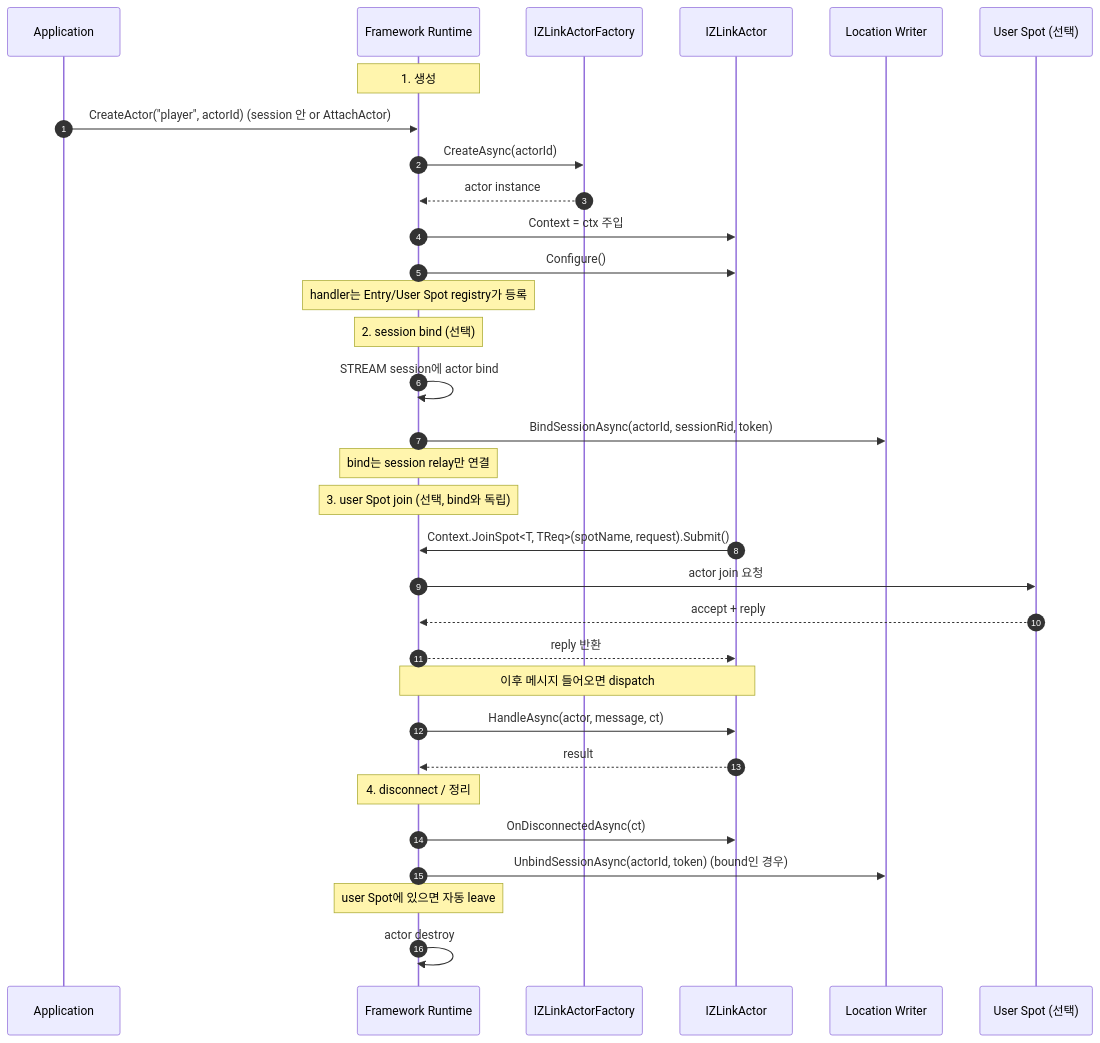
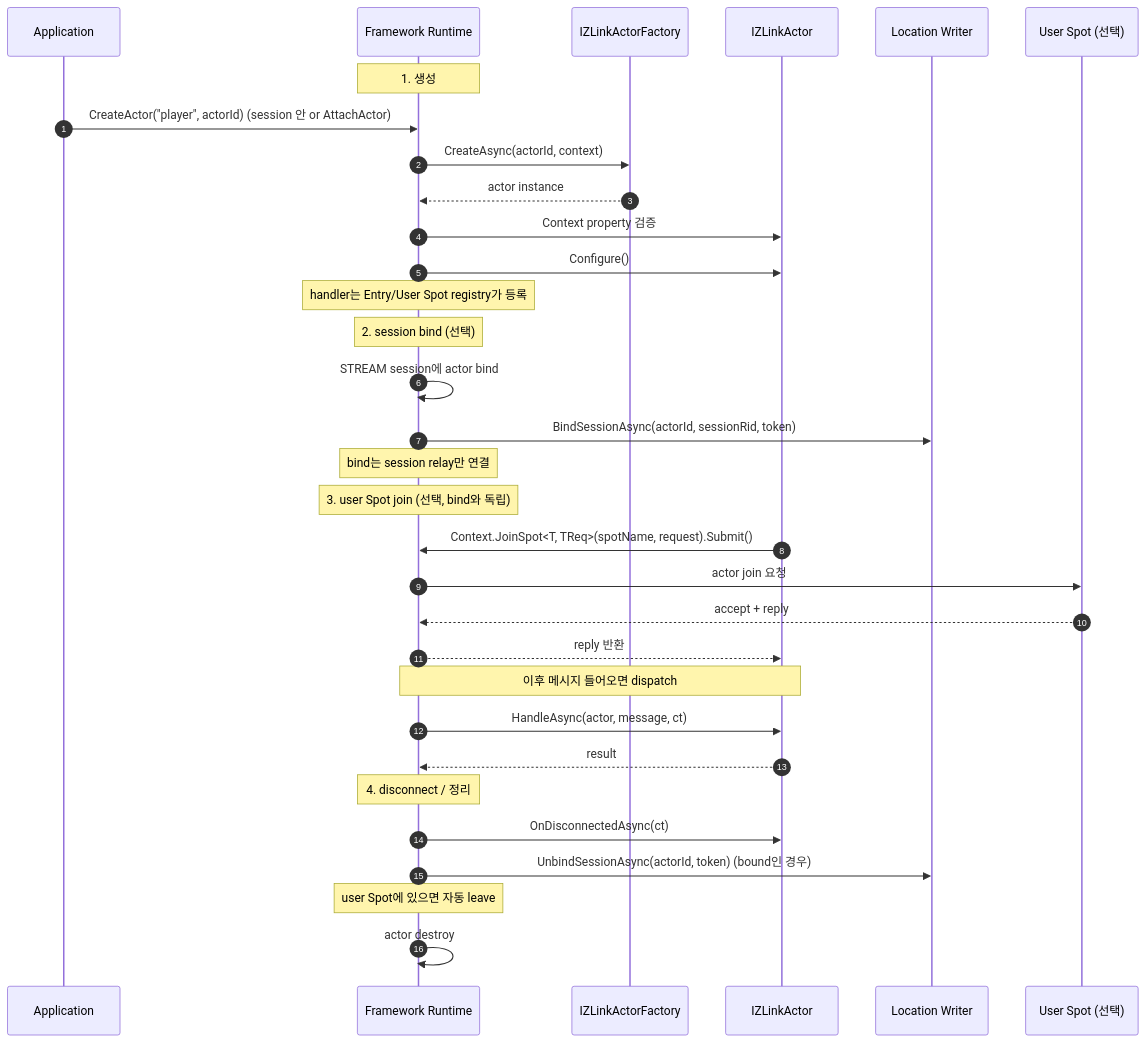
The first of 3 diagrams in framework/doc/spec/draft/framework-adapter/bindings/dotnet/aspnet-core-actor.ko.md (kairos-code-dev/zlink), drawn with Mermaid before and after one commit. The commit also changed other lines of this file and 75 other files, not shown here.

````diff
--- a/framework/doc/spec/draft/framework-adapter/bindings/dotnet/aspnet-core-actor.ko.md
+++ b/framework/doc/spec/draft/framework-adapter/bindings/dotnet/aspnet-core-actor.ko.md
@@ -230,39 +232,39 @@
 ```mermaid
 sequenceDiagram
     autonumber
     participant App as Application
     participant FW as Framework Runtime
     participant Fact as IZLinkActorFactory
     participant Act as IZLinkActor
     participant Loc as Location Writer
     participant Spot as User Spot (선택)
 
     Note over FW: 1. 생성
     App->>FW: CreateActor("player", actorId) (session 안 or AttachActor)
-    FW->>Fact: CreateAsync(actorId)
+    FW->>Fact: CreateAsync(actorId, context)
     Fact-->>FW: actor instance
-    FW->>Act: Context = ctx 주입
+    FW->>Act: Context property 검증
     FW->>Act: Configure()
     Note over FW: handler는 Entry/User Spot registry가 등록
 
     Note over FW: 2. session bind (선택)
     FW->>FW: STREAM session에 actor bind
     FW->>Loc: BindSessionAsync(actorId, sessionRid, token)
     Note over FW: bind는 session relay만 연결
 
     Note over FW: 3. user Spot join (선택, bind와 독립)
     Act->>FW: Context.JoinSpot<T, TReq>(spotName, request).Submit()
     FW->>Spot: actor join 요청
     Spot-->>FW: accept + reply
     FW-->>Act: reply 반환
 
     Note over FW,Act: 이후 메시지 들어오면 dispatch
     FW->>Act: HandleAsync(actor, message, ct)
     Act-->>FW: result
 
     Note over FW: 4. disconnect / 정리
     FW->>Act: OnDisconnectedAsync(ct)
     FW->>Loc: UnbindSessionAsync(actorId, token) (bound인 경우)
     Note over FW: user Spot에 있으면 자동 leave
     FW->>FW: actor destroy
 ```
````
